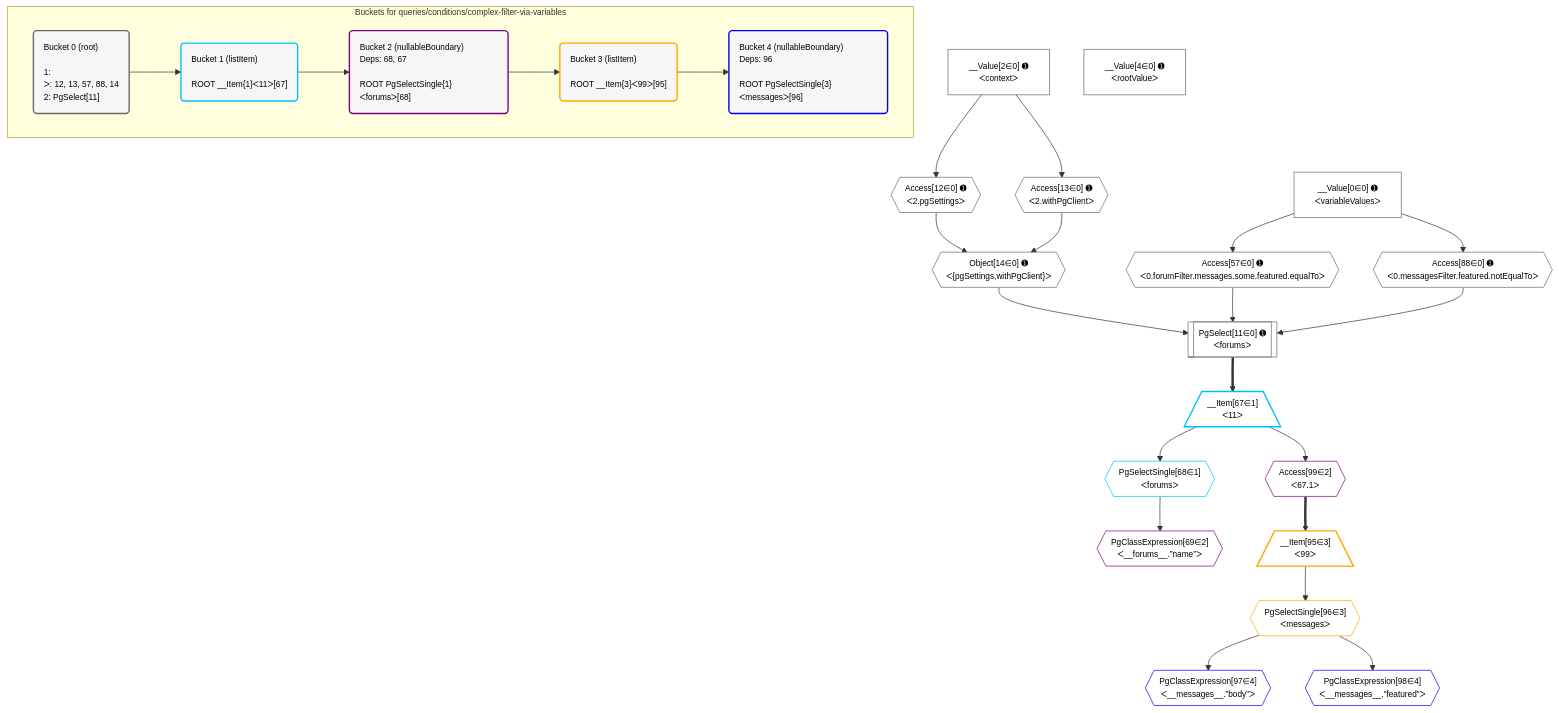
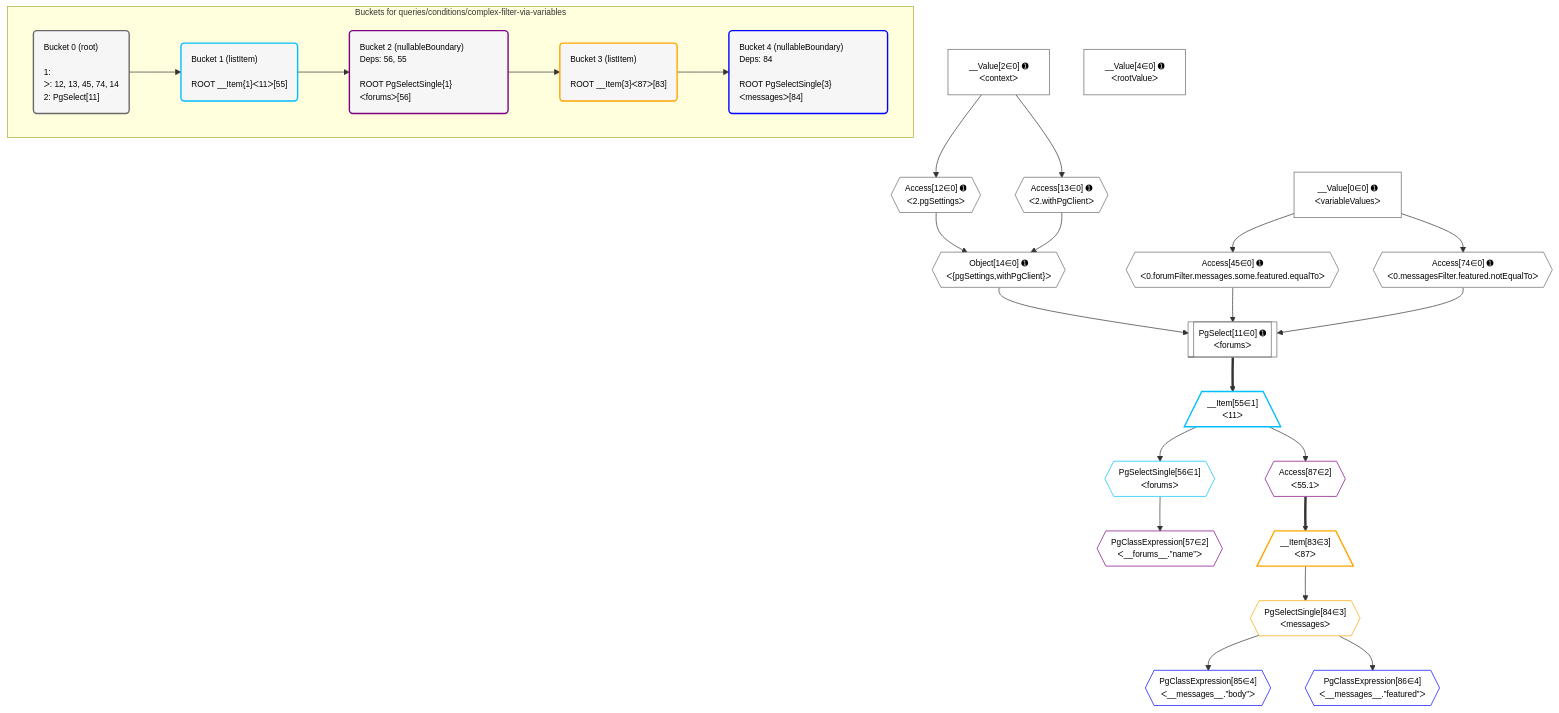
One commit to graphile/crystal changed the diagram in grafast/dataplan-pg/__tests__/queries/conditions/complex-filter-via-variables.mermaid. Above: the diagram before and after it, drawn with Mermaid. The commit also changed 9 other files, not shown here.

```diff
--- a/grafast/dataplan-pg/__tests__/queries/conditions/complex-filter-via-variables.mermaid
+++ b/grafast/dataplan-pg/__tests__/queries/conditions/complex-filter-via-variables.mermaid
@@ -1,66 +1,66 @@
 %%{init: {'themeVariables': { 'fontSize': '12px'}}}%%
 graph TD
     classDef path fill:#eee,stroke:#000,color:#000
     classDef plan fill:#fff,stroke-width:1px,color:#000
     classDef itemplan fill:#fff,stroke-width:2px,color:#000
     classDef unbatchedplan fill:#dff,stroke-width:1px,color:#000
     classDef sideeffectplan fill:#fcc,stroke-width:2px,color:#000
     classDef bucket fill:#f6f6f6,color:#000,stroke-width:2px,text-align:left
 
 
     %% plan dependencies
     PgSelect11[["PgSelect[11∈0] ➊<br />ᐸforumsᐳ"]]:::plan
     Object14{{"Object[14∈0] ➊<br />ᐸ{pgSettings,withPgClient}ᐳ"}}:::plan
-    Access57{{"Access[57∈0] ➊<br />ᐸ0.forumFilter.messages.some.featured.equalToᐳ"}}:::plan
-    Access88{{"Access[88∈0] ➊<br />ᐸ0.messagesFilter.featured.notEqualToᐳ"}}:::plan
-    Object14 & Access57 & Access88 --> PgSelect11
+    Access45{{"Access[45∈0] ➊<br />ᐸ0.forumFilter.messages.some.featured.equalToᐳ"}}:::plan
+    Access74{{"Access[74∈0] ➊<br />ᐸ0.messagesFilter.featured.notEqualToᐳ"}}:::plan
+    Object14 & Access45 & Access74 --> PgSelect11
     Access12{{"Access[12∈0] ➊<br />ᐸ2.pgSettingsᐳ"}}:::plan
     Access13{{"Access[13∈0] ➊<br />ᐸ2.withPgClientᐳ"}}:::plan
     Access12 & Access13 --> Object14
     __Value2["__Value[2∈0] ➊<br />ᐸcontextᐳ"]:::plan
     __Value2 --> Access12
     __Value2 --> Access13
     __Value0["__Value[0∈0] ➊<br />ᐸvariableValuesᐳ"]:::plan
-    __Value0 --> Access57
-    __Value0 --> Access88
+    __Value0 --> Access45
+    __Value0 --> Access74
     __Value4["__Value[4∈0] ➊<br />ᐸrootValueᐳ"]:::plan
-    __Item67[/"__Item[67∈1]<br />ᐸ11ᐳ"\]:::itemplan
-    PgSelect11 ==> __Item67
-    PgSelectSingle68{{"PgSelectSingle[68∈1]<br />ᐸforumsᐳ"}}:::plan
-    __Item67 --> PgSelectSingle68
-    PgClassExpression69{{"PgClassExpression[69∈2]<br />ᐸ__forums__.”name”ᐳ"}}:::plan
-    PgSelectSingle68 --> PgClassExpression69
-    Access99{{"Access[99∈2]<br />ᐸ67.1ᐳ"}}:::plan
-    __Item67 --> Access99
-    __Item95[/"__Item[95∈3]<br />ᐸ99ᐳ"\]:::itemplan
-    Access99 ==> __Item95
-    PgSelectSingle96{{"PgSelectSingle[96∈3]<br />ᐸmessagesᐳ"}}:::plan
-    __Item95 --> PgSelectSingle96
-    PgClassExpression97{{"PgClassExpression[97∈4]<br />ᐸ__messages__.”body”ᐳ"}}:::plan
-    PgSelectSingle96 --> PgClassExpression97
-    PgClassExpression98{{"PgClassExpression[98∈4]<br />ᐸ__messages__.”featured”ᐳ"}}:::plan
-    PgSelectSingle96 --> PgClassExpression98
+    __Item55[/"__Item[55∈1]<br />ᐸ11ᐳ"\]:::itemplan
+    PgSelect11 ==> __Item55
+    PgSelectSingle56{{"PgSelectSingle[56∈1]<br />ᐸforumsᐳ"}}:::plan
+    __Item55 --> PgSelectSingle56
+    PgClassExpression57{{"PgClassExpression[57∈2]<br />ᐸ__forums__.”name”ᐳ"}}:::plan
+    PgSelectSingle56 --> PgClassExpression57
+    Access87{{"Access[87∈2]<br />ᐸ55.1ᐳ"}}:::plan
+    __Item55 --> Access87
+    __Item83[/"__Item[83∈3]<br />ᐸ87ᐳ"\]:::itemplan
+    Access87 ==> __Item83
+    PgSelectSingle84{{"PgSelectSingle[84∈3]<br />ᐸmessagesᐳ"}}:::plan
+    __Item83 --> PgSelectSingle84
+    PgClassExpression85{{"PgClassExpression[85∈4]<br />ᐸ__messages__.”body”ᐳ"}}:::plan
+    PgSelectSingle84 --> PgClassExpression85
+    PgClassExpression86{{"PgClassExpression[86∈4]<br />ᐸ__messages__.”featured”ᐳ"}}:::plan
+    PgSelectSingle84 --> PgClassExpression86
 
     %% define steps
 
     subgraph "Buckets for queries/conditions/complex-filter-via-variables"
-    Bucket0("Bucket 0 (root)<br /><br />1: <br />ᐳ: 12, 13, 57, 88, 14<br />2: PgSelect[11]"):::bucket
+    Bucket0("Bucket 0 (root)<br /><br />1: <br />ᐳ: 12, 13, 45, 74, 14<br />2: PgSelect[11]"):::bucket
     classDef bucket0 stroke:#696969
-    class Bucket0,__Value0,__Value2,__Value4,PgSelect11,Access12,Access13,Object14,Access57,Access88 bucket0
-    Bucket1("Bucket 1 (listItem)<br /><br />ROOT __Item{1}ᐸ11ᐳ[67]"):::bucket
+    class Bucket0,__Value0,__Value2,__Value4,PgSelect11,Access12,Access13,Object14,Access45,Access74 bucket0
+    Bucket1("Bucket 1 (listItem)<br /><br />ROOT __Item{1}ᐸ11ᐳ[55]"):::bucket
     classDef bucket1 stroke:#00bfff
-    class Bucket1,__Item67,PgSelectSingle68 bucket1
-    Bucket2("Bucket 2 (nullableBoundary)<br />Deps: 68, 67<br /><br />ROOT PgSelectSingle{1}ᐸforumsᐳ[68]"):::bucket
+    class Bucket1,__Item55,PgSelectSingle56 bucket1
+    Bucket2("Bucket 2 (nullableBoundary)<br />Deps: 56, 55<br /><br />ROOT PgSelectSingle{1}ᐸforumsᐳ[56]"):::bucket
     classDef bucket2 stroke:#7f007f
-    class Bucket2,PgClassExpression69,Access99 bucket2
-    Bucket3("Bucket 3 (listItem)<br /><br />ROOT __Item{3}ᐸ99ᐳ[95]"):::bucket
+    class Bucket2,PgClassExpression57,Access87 bucket2
+    Bucket3("Bucket 3 (listItem)<br /><br />ROOT __Item{3}ᐸ87ᐳ[83]"):::bucket
     classDef bucket3 stroke:#ffa500
-    class Bucket3,__Item95,PgSelectSingle96 bucket3
-    Bucket4("Bucket 4 (nullableBoundary)<br />Deps: 96<br /><br />ROOT PgSelectSingle{3}ᐸmessagesᐳ[96]"):::bucket
+    class Bucket3,__Item83,PgSelectSingle84 bucket3
+    Bucket4("Bucket 4 (nullableBoundary)<br />Deps: 84<br /><br />ROOT PgSelectSingle{3}ᐸmessagesᐳ[84]"):::bucket
     classDef bucket4 stroke:#0000ff
-    class Bucket4,PgClassExpression97,PgClassExpression98 bucket4
+    class Bucket4,PgClassExpression85,PgClassExpression86 bucket4
     Bucket0 --> Bucket1
     Bucket1 --> Bucket2
     Bucket2 --> Bucket3
     Bucket3 --> Bucket4
     end
```
